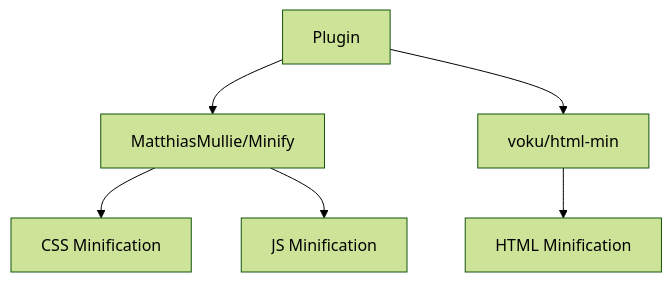
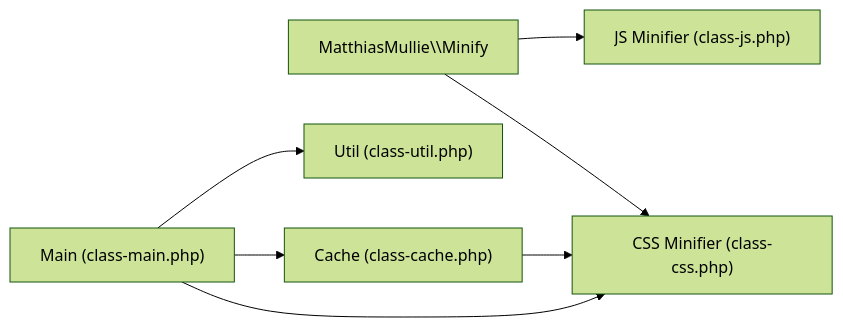
One commit to nilesh32236/performance-optimisation changed the sixth of 6 diagrams in .qoder/repowiki/en/content/Asset Optimization/CSS Optimization.md. Above: the diagram before and after it, drawn with Mermaid (forest theme). The commit also changed other lines of this file and 46 other files, not shown here.

````diff
--- a/.qoder/repowiki/en/content/Asset Optimization/CSS Optimization.md
+++ b/.qoder/repowiki/en/content/Asset Optimization/CSS Optimization.md
@@ -265,8 +277,9 @@
 ```mermaid
-graph TB
-P["Plugin"] --> MM["MatthiasMullie/Minify"]
-P --> VH["voku/html-min"]
-MM --> CSS["CSS Minification"]
-MM --> JS["JS Minification"]
-VH --> HTML["HTML Minification"]
+graph LR
+MIN["MatthiasMullie\\Minify"] --> CSSMIN["CSS Minifier (class-css.php)"]
+MIN --> JSMIN["JS Minifier (class-js.php)"]
+MAIN["Main (class-main.php)"] --> CSSMIN
+MAIN --> CACHE["Cache (class-cache.php)"]
+CACHE --> CSSMIN
+MAIN --> UTIL["Util (class-util.php)"]
 ```
````
